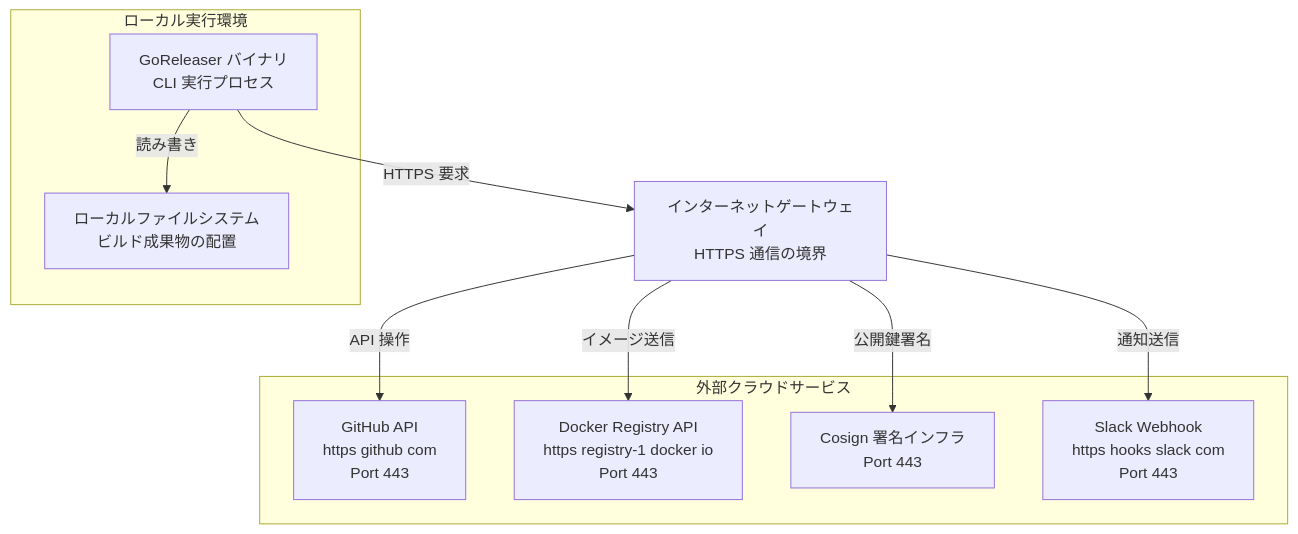
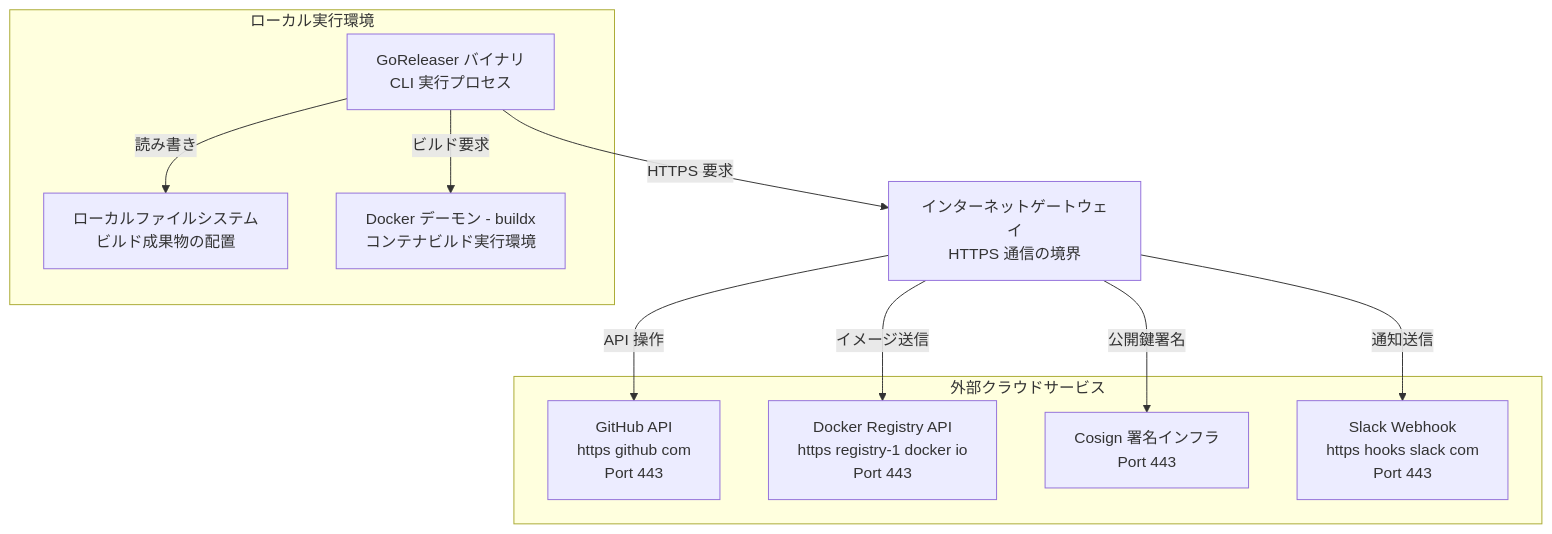
The fifth of 9 diagrams in articles/goreleaser_20260708.md (suwa-sh/zenn-contents), drawn with Mermaid before and after one commit. The commit also changed other lines of this file, not shown here.

````diff
--- a/articles/goreleaser_20260708.md
+++ b/articles/goreleaser_20260708.md
@@ -224,23 +225,25 @@
 ```mermaid
 graph TD
   subgraph Local_Network["ローカル実行環境"]
     GoReleaser_Bin["GoReleaser バイナリ<br/>CLI 実行プロセス"]
     Local_FS["ローカルファイルシステム<br/>ビルド成果物の配置"]
+    Docker_Daemon["Docker デーモン - buildx<br/>コンテナビルド実行環境"]
   end
 
   Internet_GW["インターネットゲートウェイ<br/>HTTPS 通信の境界"]
 
   subgraph External_Cloud["外部クラウドサービス"]
     GitHub_API["GitHub API<br/>https github com<br/>Port 443"]
     Docker_Hub["Docker Registry API<br/>https registry-1 docker io<br/>Port 443"]
     Cosign_Service["Cosign 署名インフラ<br/>Port 443"]
     Slack_Webhook["Slack Webhook<br/>https hooks slack com<br/>Port 443"]
   end
 
   GoReleaser_Bin -->|"読み書き"| Local_FS
+  GoReleaser_Bin -->|"ビルド要求"| Docker_Daemon
   GoReleaser_Bin -->|"HTTPS 要求"| Internet_GW
   Internet_GW -->|"API 操作"| GitHub_API
   Internet_GW -->|"イメージ送信"| Docker_Hub
   Internet_GW -->|"公開鍵署名"| Cosign_Service
   Internet_GW -->|"通知送信"| Slack_Webhook
 ```
````
